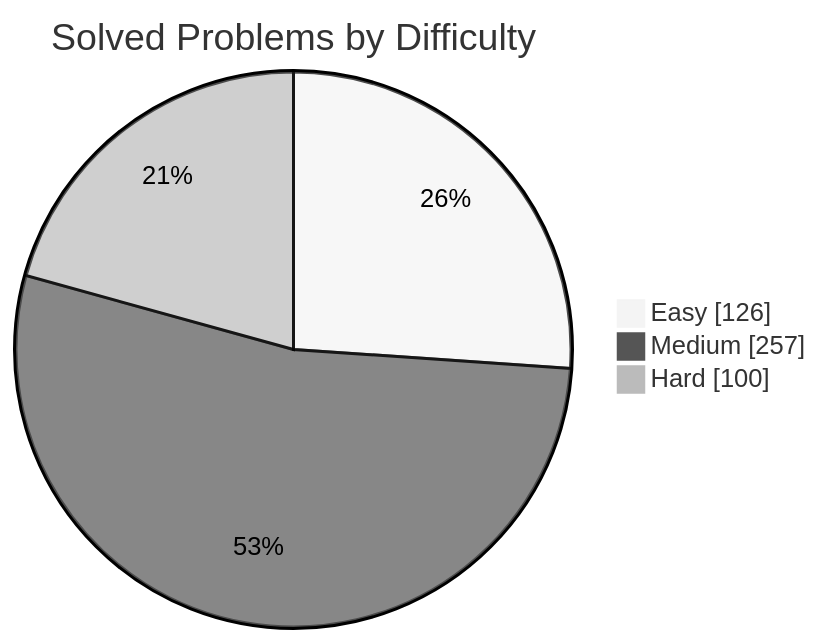
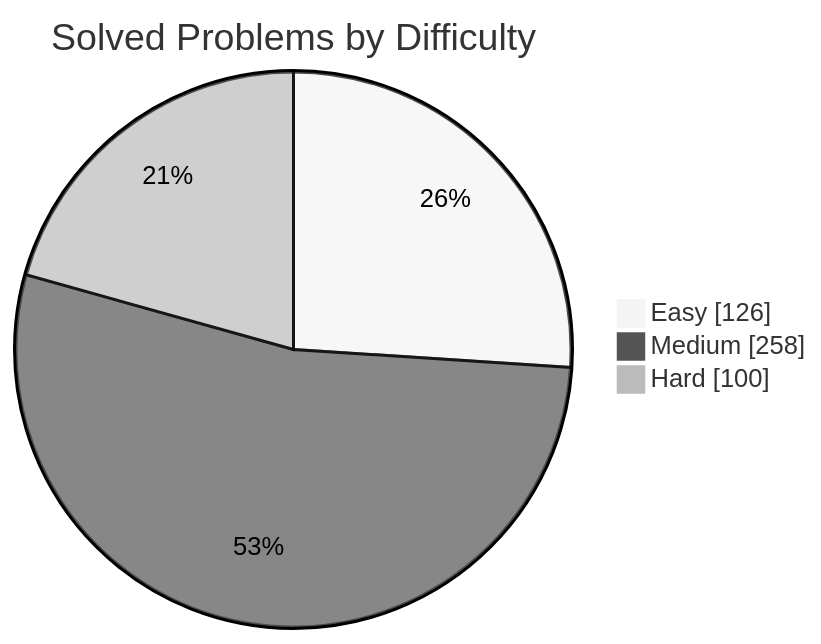
One commit to manikantbindass/DSA-Preparation-FAANG changed the first of 2 diagrams in README.md. Above: the diagram before and after it, drawn with Mermaid (neutral theme). The commit also changed other lines of this file and 1 other file, not shown here.

````diff
--- a/README.md
+++ b/README.md
@@ -77,7 +77,7 @@
 ```mermaid
 pie showData
     title Solved Problems by Difficulty
     "Easy" : 126
-    "Medium" : 257
+    "Medium" : 258
     "Hard" : 100
 ```
````
